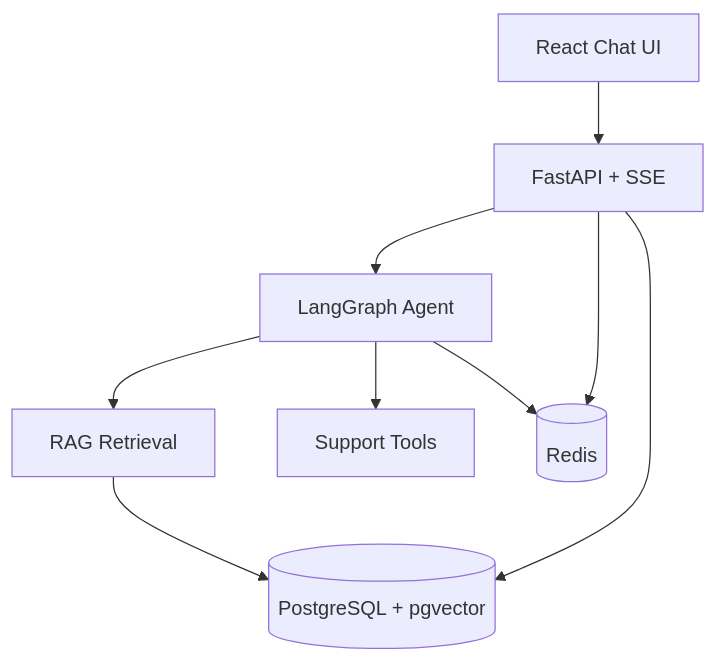
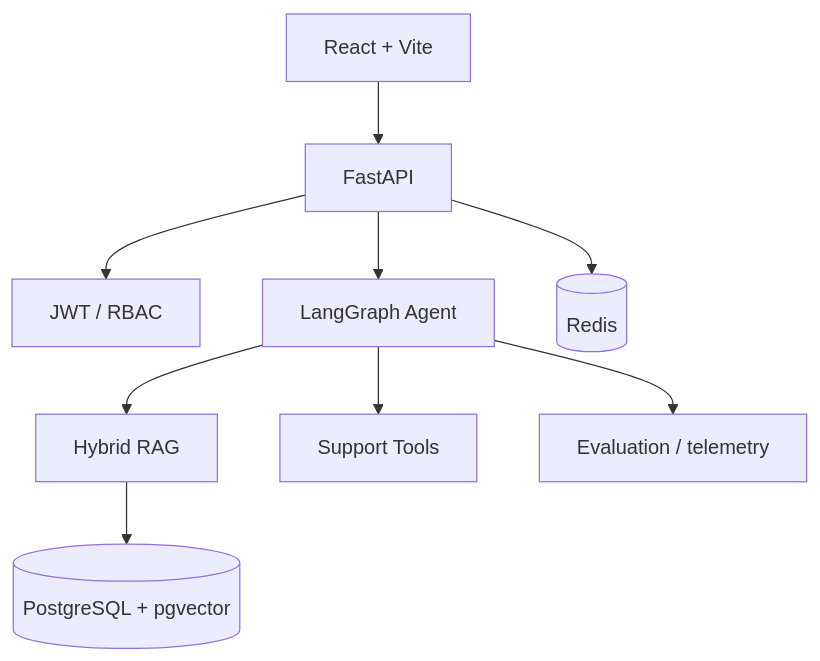
The diagram in README.md (AloneRider-pixel/enterprise-ai-agent), drawn with Mermaid before and after one commit. The commit also changed other lines of this file, not shown here.

````diff
--- a/README.md
+++ b/README.md
@@ -19,11 +19,11 @@
 ```mermaid
 graph TB
-    UI[React Chat UI] --> API[FastAPI + SSE]
+    UI[React + Vite] --> API[FastAPI]
+    API --> AUTH[JWT / RBAC]
     API --> AGENT[LangGraph Agent]
-    AGENT --> RAG[RAG Retrieval]
+    AGENT --> RAG[Hybrid RAG]
     AGENT --> TOOLS[Support Tools]
     RAG --> PG[(PostgreSQL + pgvector)]
-    AGENT --> REDIS[(Redis)]
-    API --> PG
-    API --> REDIS
+    API --> REDIS[(Redis)]
+    AGENT --> EVAL[Evaluation / telemetry]
 ```
````
